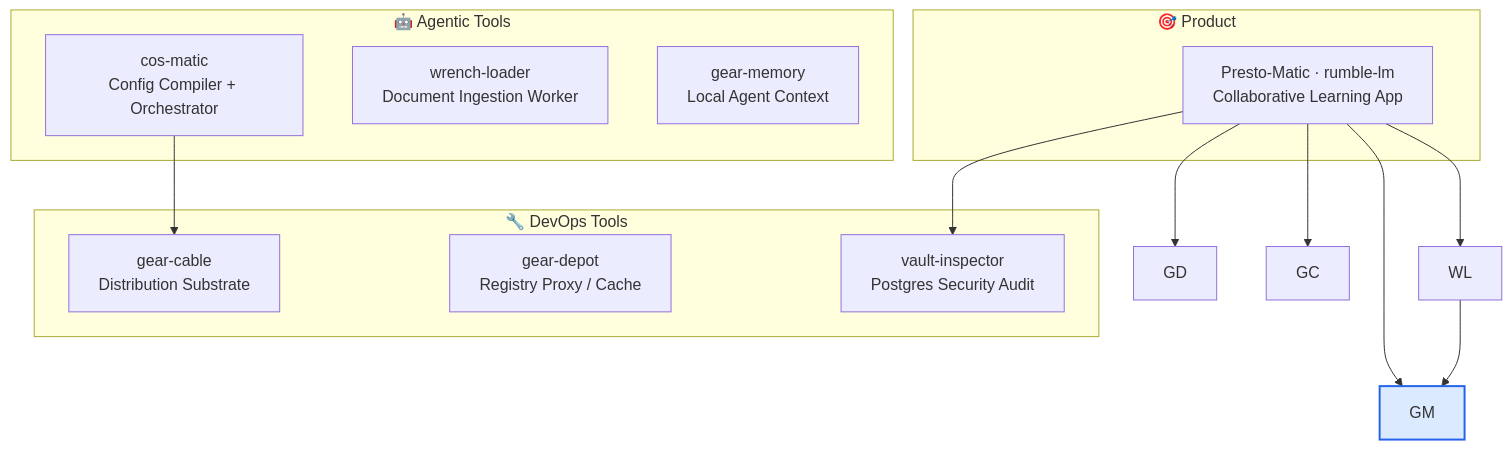
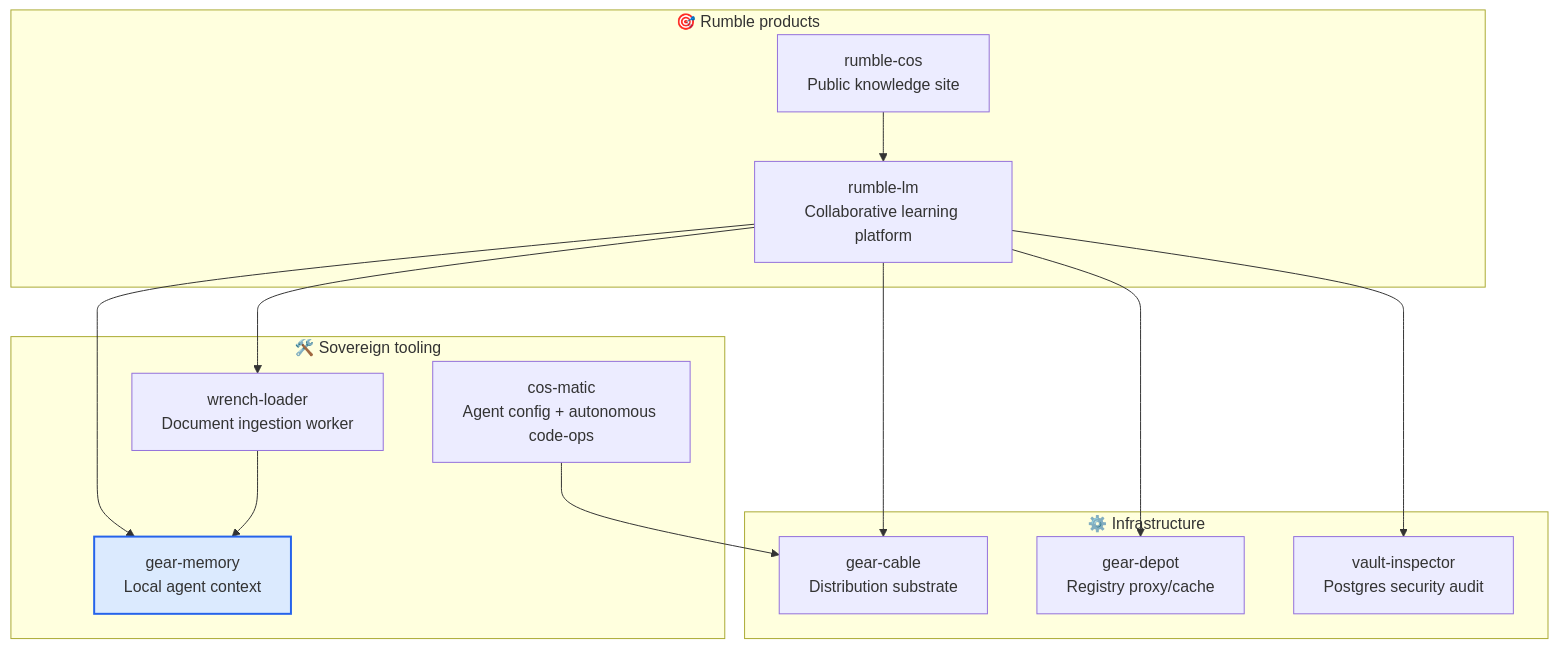
One commit to constantin-jais/gear-memory changed the diagram in README.md. Above: the diagram before and after it, drawn with Mermaid. The commit also changed other lines of this file, not shown here.

Commit message:
docs: update README branding

````diff
--- a/README.md
+++ b/README.md
@@ -17,24 +17,26 @@
 ```mermaid
 graph TB
-    subgraph product["🎯 Product"]
-        RL["Presto-Matic · rumble-lm<br/>Collaborative Learning App"]
+    subgraph products["🎯 Rumble products"]
+        RL["rumble-lm<br/>Collaborative learning platform"]
+        RC["rumble-cos<br/>Public knowledge site"]
     end
-    subgraph agentic["🤖 Agentic Tools"]
-        cosmatic["cos-matic<br/>Config Compiler + Orchestrator"]
-        DL["wrench-loader<br/>Document Ingestion Worker"]
-        MC["gear-memory<br/>Local Agent Context"]
+    subgraph tools["🛠️ Sovereign tooling"]
+        CM["cos-matic<br/>Agent config + autonomous code-ops"]
+        WL["wrench-loader<br/>Document ingestion worker"]
+        GM["gear-memory<br/>Local agent context"]
     end
-    subgraph devops["🔧 DevOps Tools"]
-        LC["gear-cable<br/>Distribution Substrate"]
-        SD["gear-depot<br/>Registry Proxy / Cache"]
-        VI["vault-inspector<br/>Postgres Security Audit"]
+    subgraph infra["⚙️ Infrastructure"]
+        GC["gear-cable<br/>Distribution substrate"]
+        GD["gear-depot<br/>Registry proxy/cache"]
+        VI["vault-inspector<br/>Postgres security audit"]
     end
     RL --> WL
     RL --> GM
     RL --> VI
     RL --> GD
     RL --> GC
-    cosmatic --> LC
+    RC --> RL
+    CM --> GC
     WL --> GM
     style GM fill:#dbeafe,stroke:#2563eb,stroke-width:2px
 ```
````
